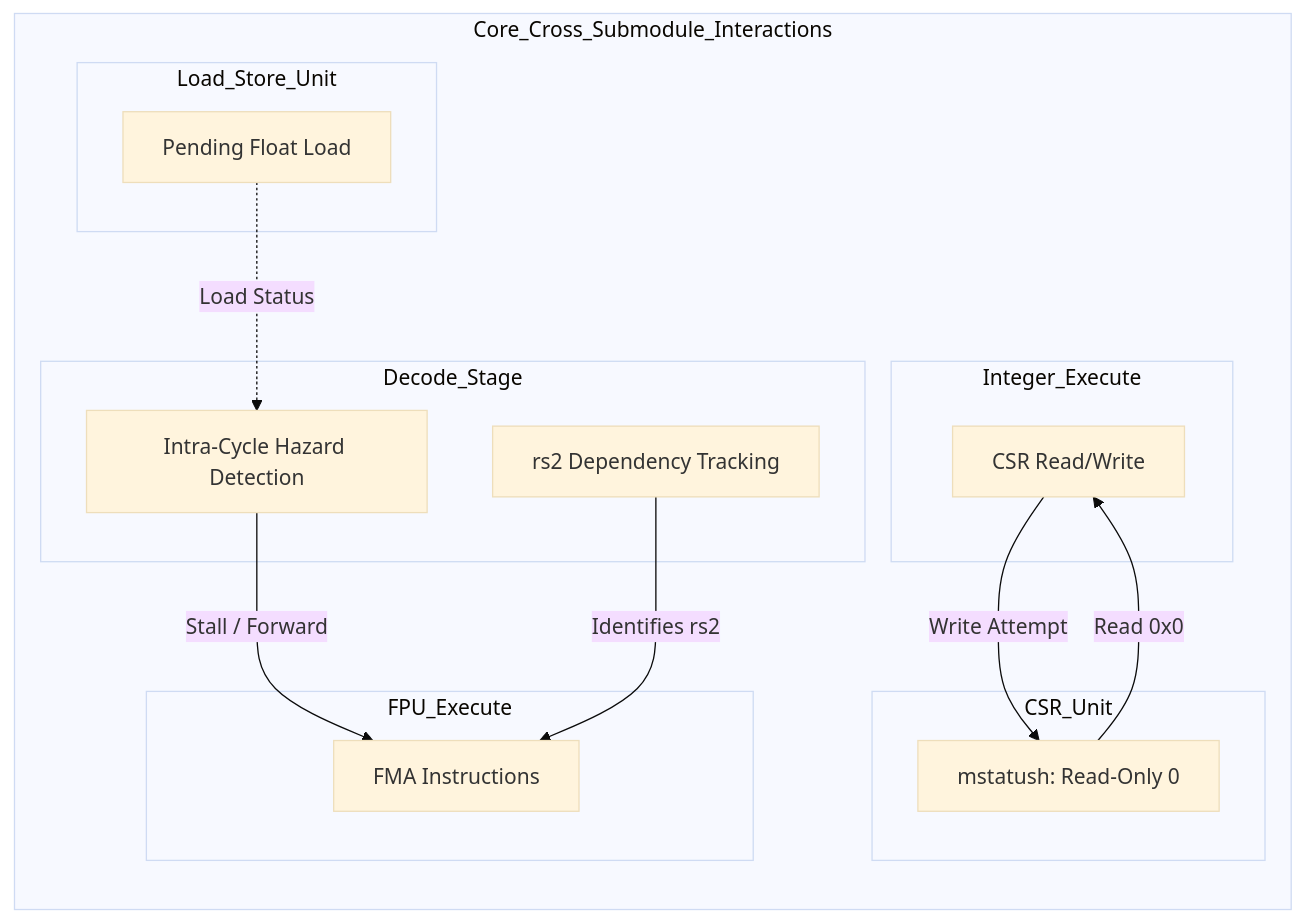
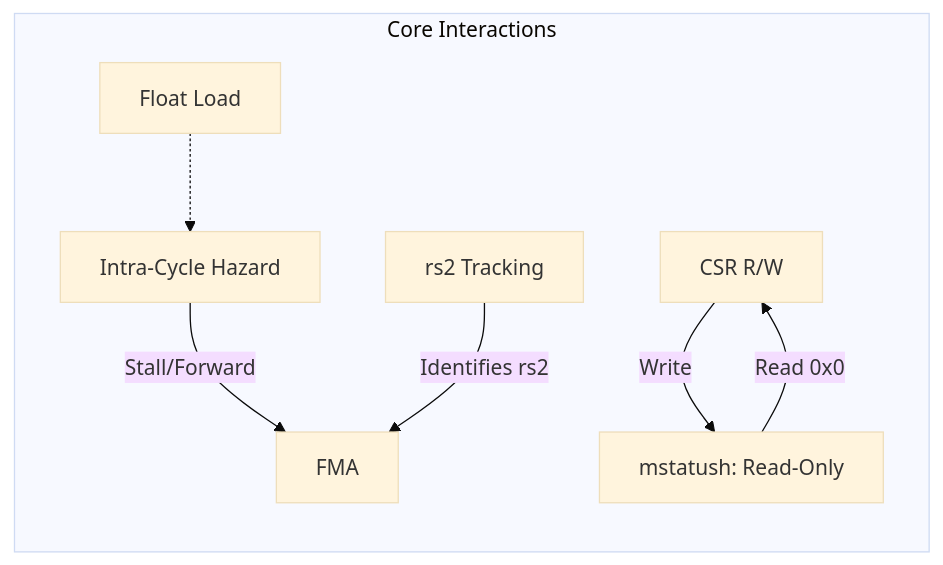
One commit to julianmb-g/coralnpu changed the third of 3 diagrams in doc/verification.md. Above: the diagram before and after it, drawn with Mermaid (base theme). The commit also changed other lines of this file and 100 other files, not shown here.

````diff
--- a/doc/verification.md
+++ b/doc/verification.md
@@ -151,34 +121,20 @@
 ```mermaid
 graph TD
-    subgraph Core_Cross_Submodule_Interactions
+    subgraph Core Interactions
         direction TB
 
-        subgraph Load_Store_Unit
-            FLW[Pending Float Load]
-        end
+        FLW[Float Load]
+        Hazard[Intra-Cycle Hazard]
+        RS2[rs2 Tracking]
+        MstatusH[mstatush: Read-Only]
+        FMA[FMA]
+        CsrRw[CSR R/W]
 
-        subgraph Decode_Stage
-            HazardDetect[Intra-Cycle Hazard Detection]
-            RS2Track[rs2 Dependency Tracking]
-        end
+        FLW -.-> Hazard
+        Hazard -- Stall/Forward --> FMA
+        RS2 -- Identifies rs2 --> FMA
 
-        subgraph CSR_Unit
-            MstatusH[mstatush: Read-Only 0]
-        end
-
-        subgraph FPU_Execute
-            FMA[FMA Instructions]
-        end
-
-        subgraph Integer_Execute
-            CsrRw[CSR Read/Write]
-        end
-
-        FLW -.->|Load Status| HazardDetect
-        HazardDetect -- Stall / Forward --> FMA
-        RS2Track -- Identifies rs2 --> FMA
-
-        CsrRw -- Write Attempt --> MstatusH
+        CsrRw -- Write --> MstatusH
         MstatusH -- Read 0x0 --> CsrRw
     end
 ```
````
